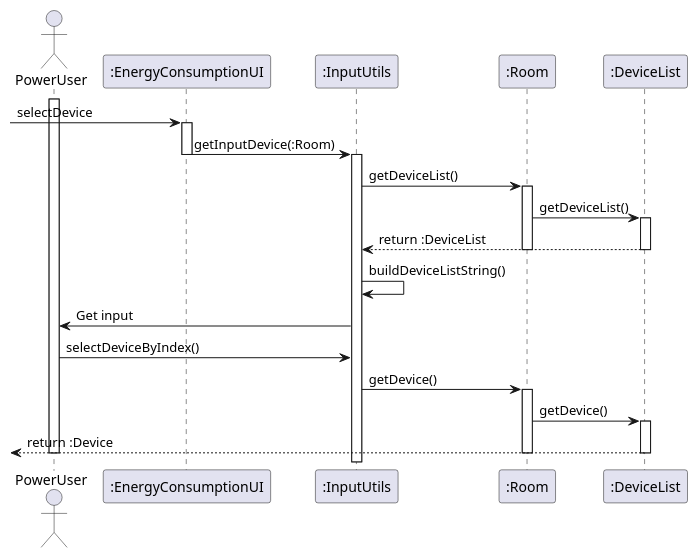
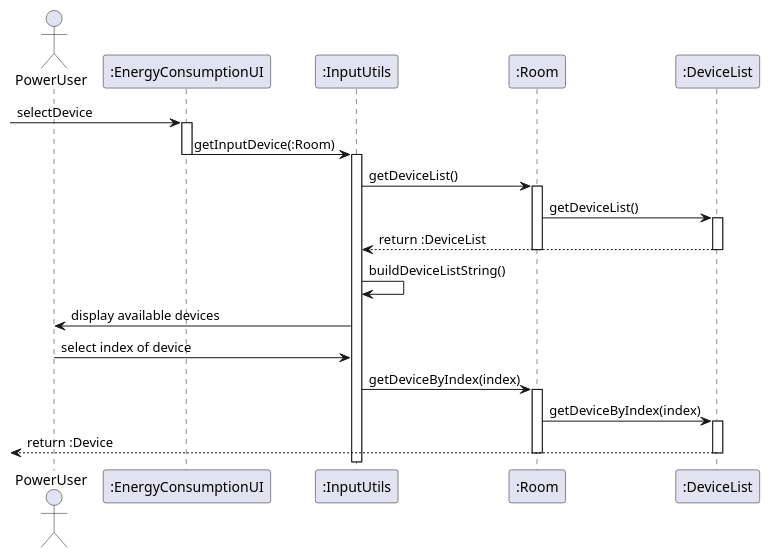
The diagram in uml/US720/selectDevice.puml (Almadanmp/project), drawn with PlantUML before and after one commit. The commit also changed 1 other file, not shown here.

Commit message:
Refs #101 - Fixes selectDevice UML sequence diagram.

```diff
--- a/uml/US720/selectDevice.puml
+++ b/uml/US720/selectDevice.puml
@@ -1,29 +1,27 @@
 @startuml
 
 actor PowerUser
 
-activate PowerUser
 -> ":EnergyConsumptionUI": selectDevice
 activate ":EnergyConsumptionUI"
 ":EnergyConsumptionUI" -> ":InputUtils": getInputDevice(:Room)
 deactivate ":EnergyConsumptionUI"
 activate ":InputUtils"
 ":InputUtils" -> ":Room": getDeviceList()
 activate ":Room"
 ":Room" -> ":DeviceList": getDeviceList()
 activate ":DeviceList"
 ":DeviceList" --> ":InputUtils": return :DeviceList
 deactivate ":DeviceList"
 deactivate ":Room"
 ":InputUtils" -> ":InputUtils": buildDeviceListString()
-":InputUtils" -> PowerUser: Get input
-PowerUser -> ":InputUtils": selectDeviceByIndex()
-":InputUtils" -> ":Room": getDevice()
+":InputUtils" -> PowerUser: display available devices
+PowerUser -> ":InputUtils":  select index of device
+":InputUtils" -> ":Room": getDeviceByIndex(index)
 activate ":Room"
-":Room" -> ":DeviceList": getDevice()
+":Room" -> ":DeviceList": getDeviceByIndex(index)
 activate ":DeviceList"
 <-- ":DeviceList": return :Device
 deactivate ":DeviceList"
 deactivate ":Room"
-deactivate PowerUser
 @enduml
```
